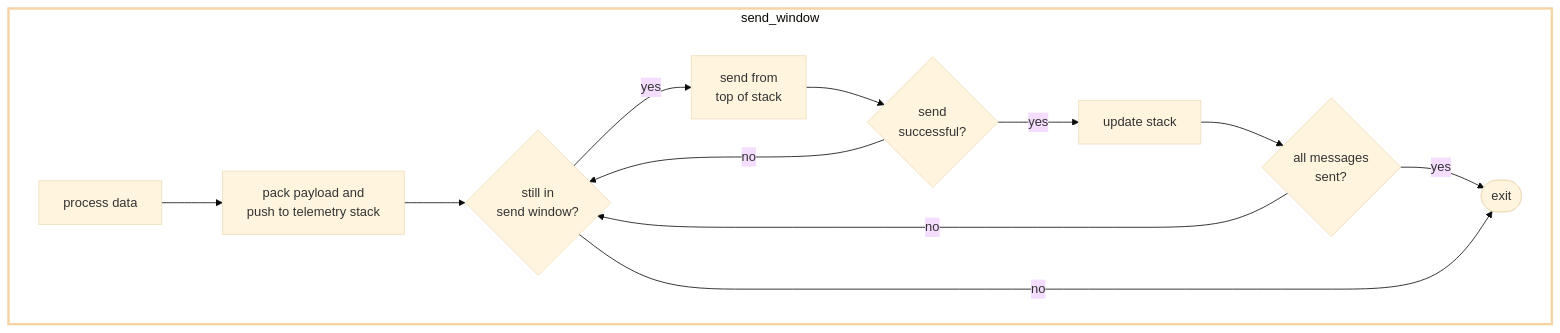
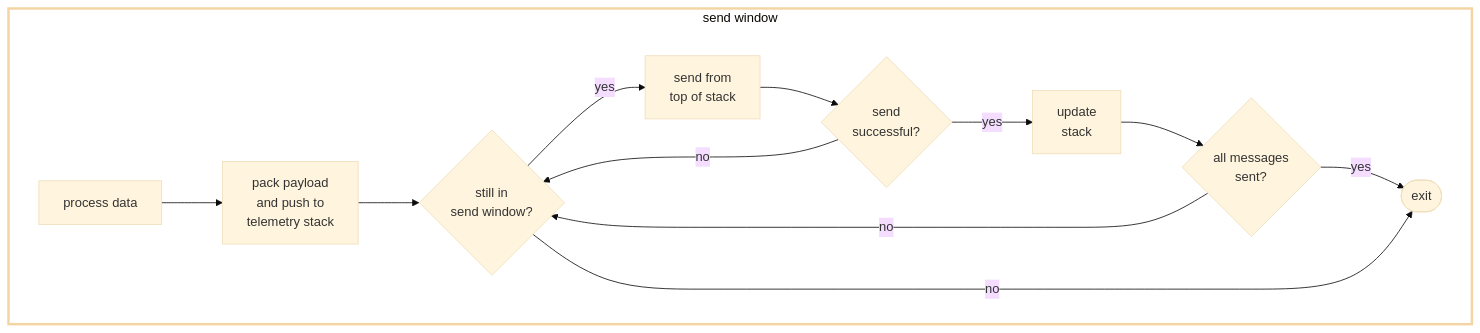
Before and after one commit to SASlabgroup/microSWIFT: the seventh of 7 diagrams in doc/Design.md, drawn with Mermaid (base theme). The commit also changed other lines of this file, not shown here.

````diff
--- a/doc/Design.md
+++ b/doc/Design.md
@@ -194,22 +194,22 @@
 ```mermaid
 flowchart LR
-    subgraph send_window
+    subgraph send_window["send window"]
     direction LR
-    process["process data"]-->pack["pack payload and<br/>push to telemetry stack"]
+    process["process data"]-->pack["pack payload<br/>and push to<br/>telemetry stack"]
             pack-->in_send{"still in<br/>send window?"}
             in_send-->|yes| send["send from<br/>top of stack"];
                 send-->send_successful{"send<br/>successful?"}
-                    send_successful-->|yes| update_stack["update stack"]
+                    send_successful-->|yes| update_stack["update<br/>stack"]
                         update_stack-->all_sent{"all messages<br/>sent?"}
                         all_sent-->|yes| exit([exit])
 
                         all_sent-->|no| in_send
 
                     send_successful-->|no| in_send
 
             in_send-->|no| exit
     end
 
     classDef orange fill:#FFFFFF,stroke:#f5d4a4,stroke-width:3px
     class send_window orange
 ```
````
